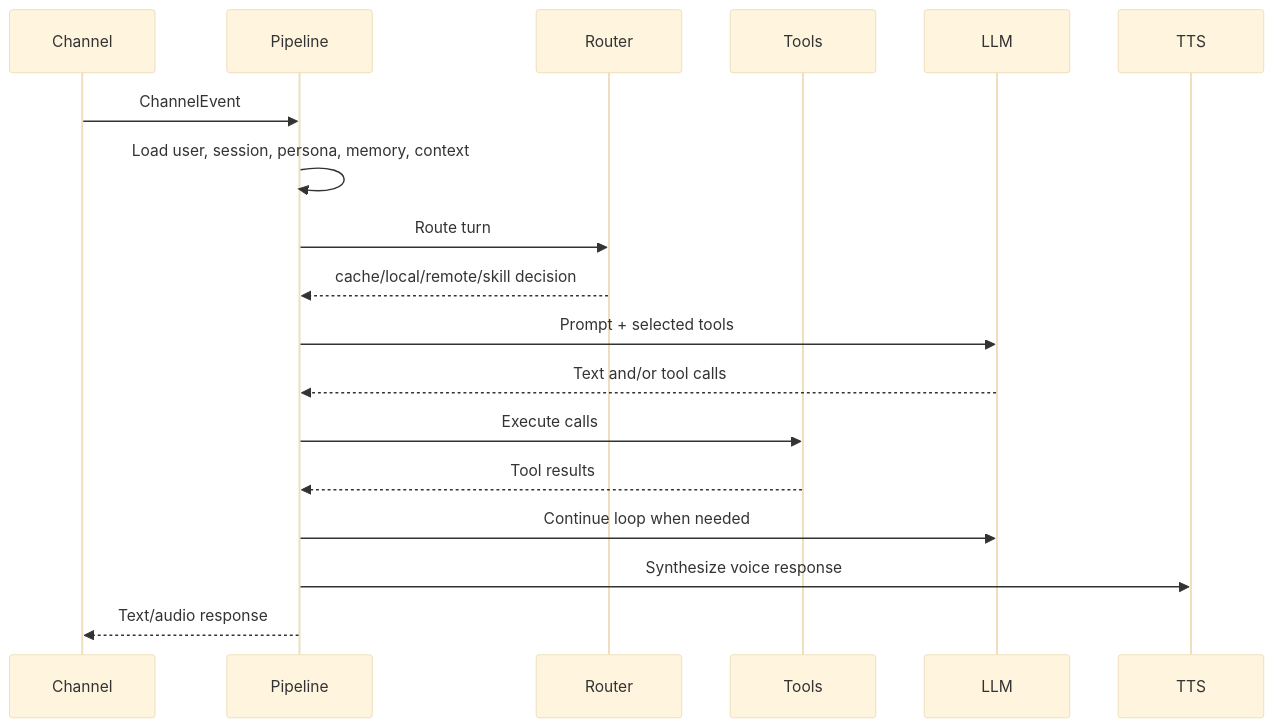
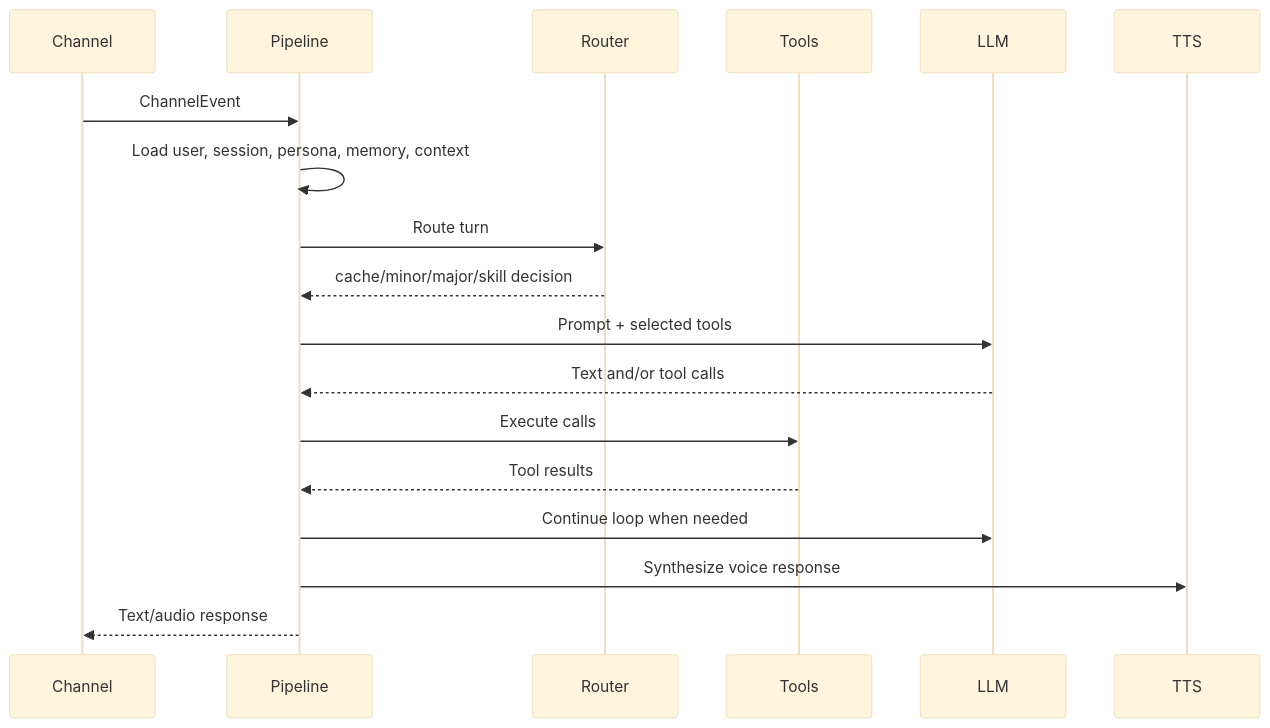
The diagram in packages/alia-server/docs/architecture.md (Ke-Qiao/project-alia), drawn with Mermaid (base theme) before and after one commit. The commit also changed other lines of this file and 23 other files, not shown here.

Commit message:
feat(server): rename llm local/remote to minor/major

````diff
--- a/packages/alia-server/docs/architecture.md
+++ b/packages/alia-server/docs/architecture.md
@@ -48,21 +48,21 @@
 ```mermaid
 sequenceDiagram
     participant Channel
     participant Pipeline
     participant Router
     participant Tools
     participant LLM
     participant TTS
 
     Channel->>Pipeline: ChannelEvent
     Pipeline->>Pipeline: Load user, session, persona, memory, context
     Pipeline->>Router: Route turn
-    Router-->>Pipeline: cache/local/remote/skill decision
+    Router-->>Pipeline: cache/minor/major/skill decision
     Pipeline->>LLM: Prompt + selected tools
     LLM-->>Pipeline: Text and/or tool calls
     Pipeline->>Tools: Execute calls
     Tools-->>Pipeline: Tool results
     Pipeline->>LLM: Continue loop when needed
     Pipeline->>TTS: Synthesize voice response
     Pipeline-->>Channel: Text/audio response
 ```
````
